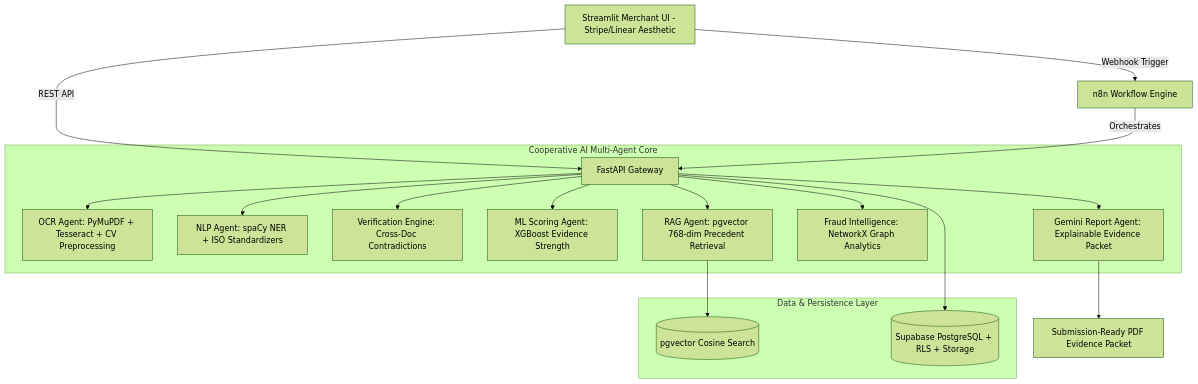
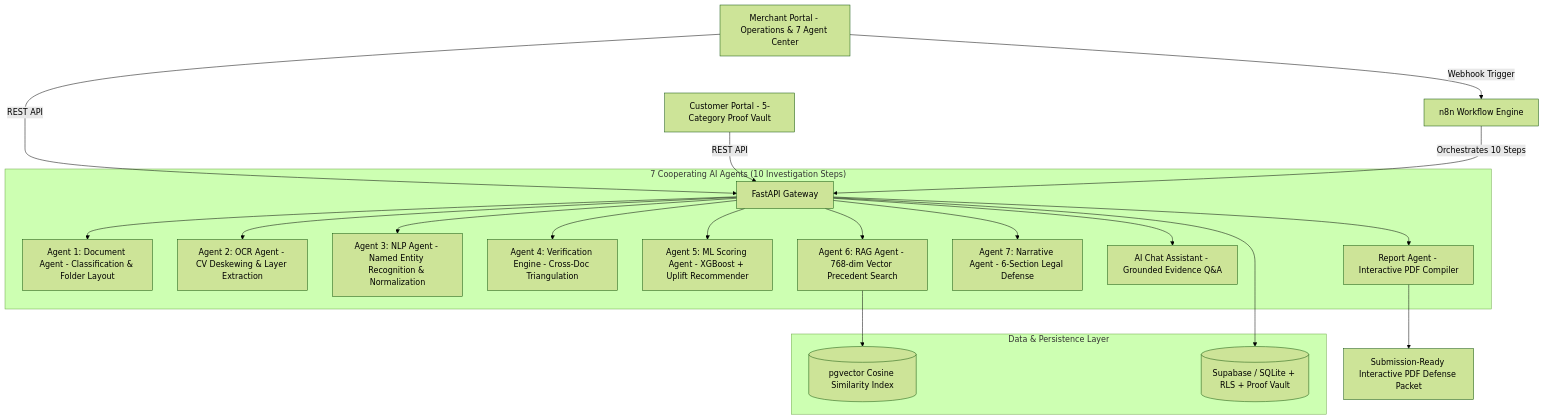
The diagram in README.md (Aksh6472/Chargeback), drawn with Mermaid (forest theme) before and after one commit. The commit also changed other lines of this file and 29 other files, not shown here.

Commit message:
feat: upgrade to AI Chargeback Operating System with Dual Portal, 7 AI Agents, 10-Step Pipeline, Customer Vault, and Interactive PDF Editor

````diff
--- a/README.md
+++ b/README.md
@@ -23,23 +34,26 @@
 ```mermaid
 graph TD
-    UI[Streamlit Merchant UI - Stripe/Linear Aesthetic] -->|REST API| API[FastAPI Gateway]
-    UI -->|Webhook Trigger| N8N[n8n Workflow Engine]
-    N8N -->|Orchestrates| API
+    UI_MERCH[Merchant Portal - Operations & 7 Agent Center] -->|REST API| API[FastAPI Gateway]
+    UI_CUST[Customer Portal - 5-Category Proof Vault] -->|REST API| API
+    UI_MERCH -->|Webhook Trigger| N8N[n8n Workflow Engine]
+    N8N -->|Orchestrates 10 Steps| API
     
-    subgraph "Cooperative AI Multi-Agent Core"
-        API --> AG_OCR[OCR Agent: PyMuPDF + Tesseract + CV Preprocessing]
-        API --> AG_NLP[NLP Agent: spaCy NER + ISO Standardizers]
-        API --> AG_VER[Verification Engine: Cross-Doc Contradictions]
-        API --> AG_ML[ML Scoring Agent: XGBoost Evidence Strength]
-        API --> AG_RAG[RAG Agent: pgvector 768-dim Precedent Retrieval]
-        API --> AG_FRAUD[Fraud Intelligence: NetworkX Graph Analytics]
-        API --> AG_GEMINI[Gemini Report Agent: Explainable Evidence Packet]
+    subgraph "7 Cooperating AI Agents (10 Investigation Steps)"
+        API --> AG_DOC[Agent 1: Document Agent - Classification & Folder Layout]
+        API --> AG_OCR[Agent 2: OCR Agent - CV Deskewing & Layer Extraction]
+        API --> AG_NLP[Agent 3: NLP Agent - Named Entity Recognition & Normalization]
+        API --> AG_VER[Agent 4: Verification Engine - Cross-Doc Triangulation]
+        API --> AG_ML[Agent 5: ML Scoring Agent - XGBoost + Uplift Recommender]
+        API --> AG_RAG[Agent 6: RAG Agent - 768-dim Vector Precedent Search]
+        API --> AG_NAR[Agent 7: Narrative Agent - 6-Section Legal Defense]
+        API --> AG_CHAT[AI Chat Assistant - Grounded Evidence Q&A]
+        API --> AG_GEMINI[Report Agent - Interactive PDF Compiler]
     end
     
     subgraph "Data & Persistence Layer"
-        AG_RAG --> PGV[(pgvector Cosine Search)]
-        API --> SUPA[(Supabase PostgreSQL + RLS + Storage)]
+        AG_RAG --> PGV[(pgvector Cosine Similarity Index)]
+        API --> SUPA[(Supabase / SQLite + RLS + Proof Vault)]
     end
     
-    AG_GEMINI --> PDF[Submission-Ready PDF Evidence Packet]
+    AG_GEMINI --> PDF[Submission-Ready Interactive PDF Defense Packet]
 ```
````
